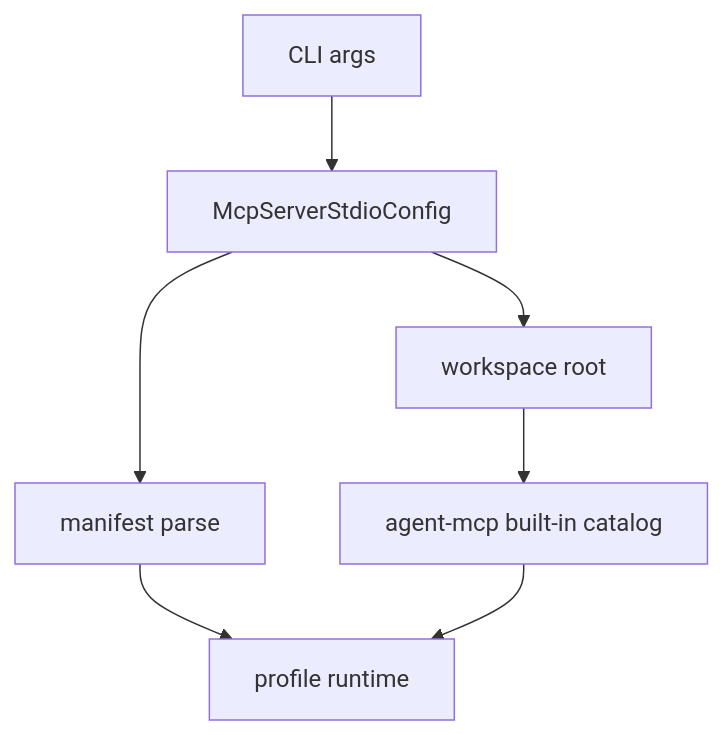
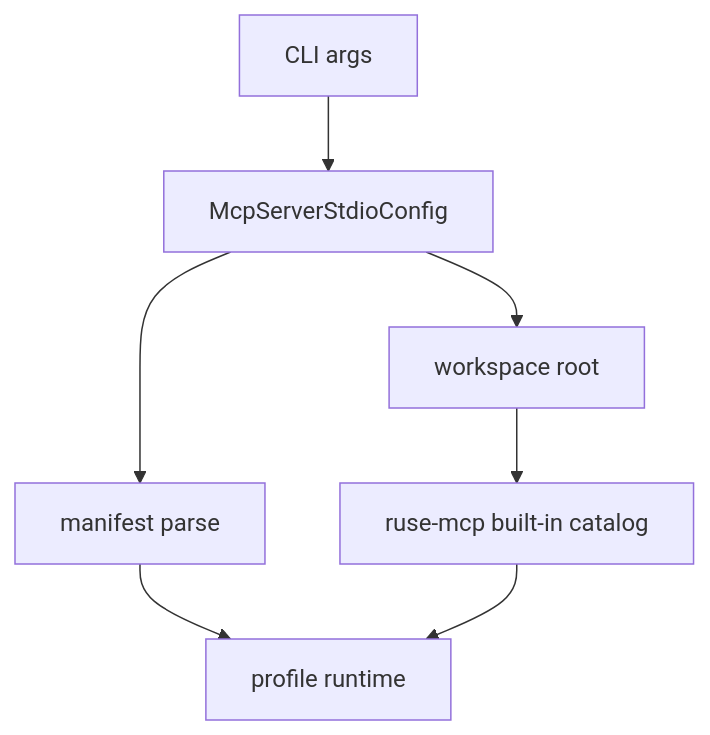
Before and after one commit to poneding/agent: the diagram in docs/specs/M33-03-cli-workspace-tool-profile.spec.md, drawn with Mermaid. The commit also changed other lines of this file and 2091 other files, not shown here.

First line of the commit message:
refactor: rename agent branding to ruse

````diff
--- a/docs/specs/M33-03-cli-workspace-tool-profile.spec.md
+++ b/docs/specs/M33-03-cli-workspace-tool-profile.spec.md
@@ -29,9 +29,9 @@
 ```mermaid
 flowchart TD
   Args["CLI args"] --> Config["McpServerStdioConfig"]
   Config --> Manifest["manifest parse"]
   Config --> Workspace["workspace root"]
-  Workspace --> Catalog["agent-mcp built-in catalog"]
+  Workspace --> Catalog["ruse-mcp built-in catalog"]
   Manifest --> Profile["profile runtime"]
   Catalog --> Profile
 ```
````
